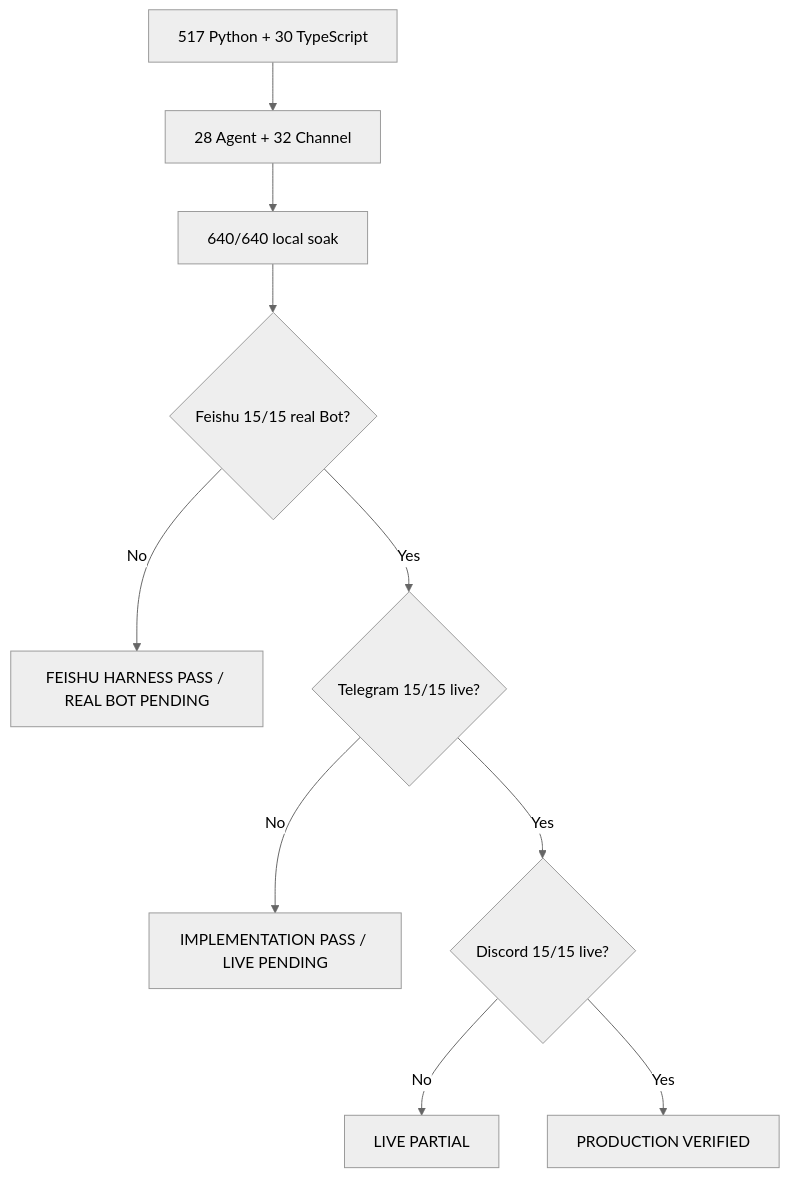
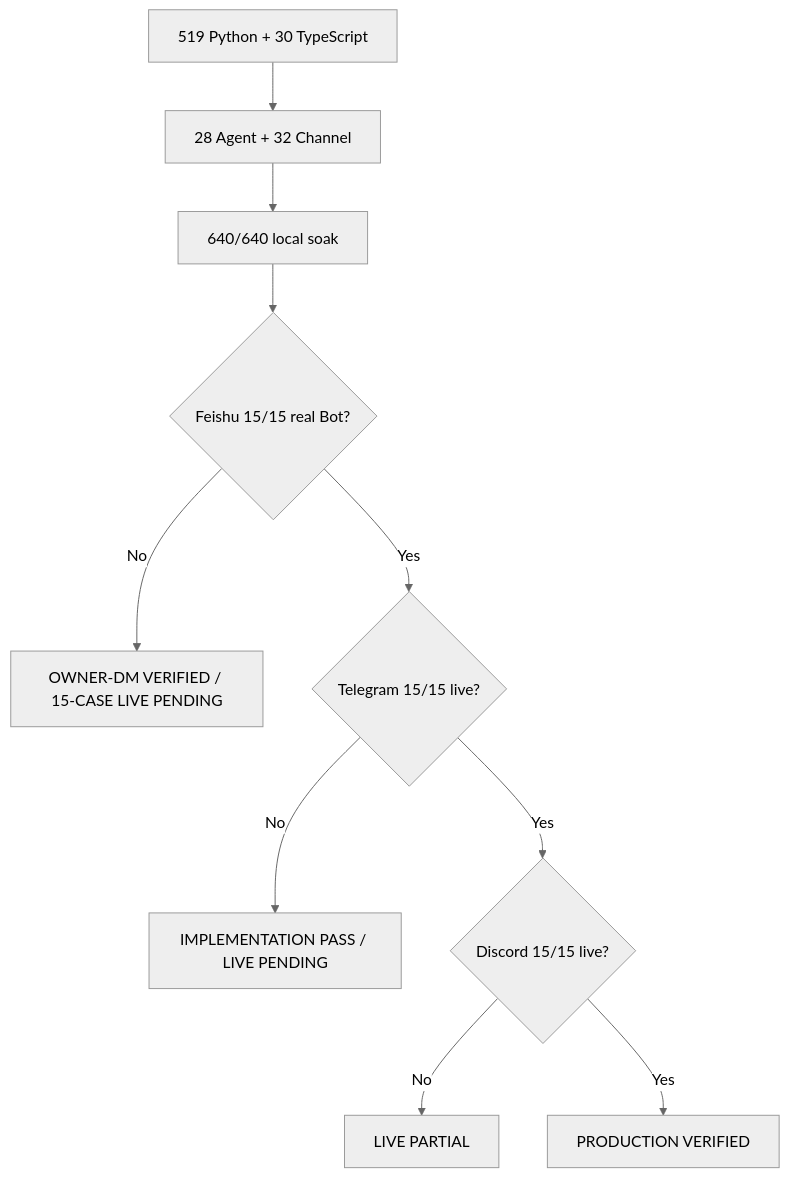
Before and after one commit to NEDONION/lobster0: the second of 2 diagrams in docs/engineering/phase-5/testing-and-live-acceptance.md, drawn with Mermaid (neutral theme). The commit also changed other lines of this file and 29 other files, not shown here.

````diff
--- a/docs/engineering/phase-5/testing-and-live-acceptance.md
+++ b/docs/engineering/phase-5/testing-and-live-acceptance.md
@@ -237,12 +239,12 @@
 ```mermaid
 flowchart TD
-    A["517 Python + 30 TypeScript"] --> B["28 Agent + 32 Channel"]
+    A["519 Python + 30 TypeScript"] --> B["28 Agent + 32 Channel"]
     B --> C["640/640 local soak"]
     C --> F{"Feishu 15/15 real Bot?"}
-    F -->|"No"| R["FEISHU HARNESS PASS / REAL BOT PENDING"]
+    F -->|"No"| R["OWNER-DM VERIFIED / 15-CASE LIVE PENDING"]
     F -->|"Yes"| D{"Telegram 15/15 live?"}
     D -->|"No"| P["IMPLEMENTATION PASS / LIVE PENDING"]
     D -->|"Yes"| E{"Discord 15/15 live?"}
     E -->|"No"| L["LIVE PARTIAL"]
     E -->|"Yes"| V["PRODUCTION VERIFIED"]
 ```
````
